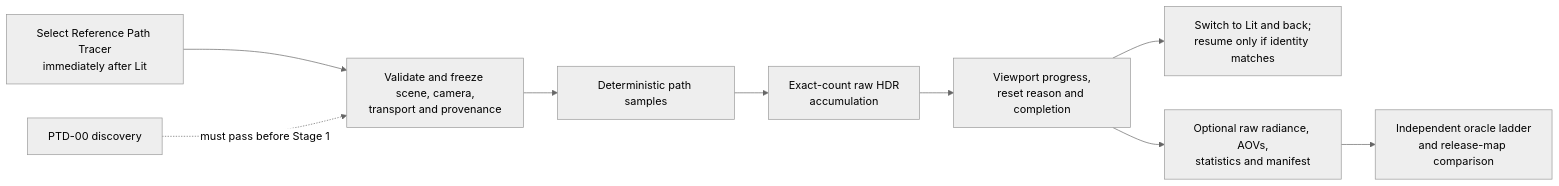
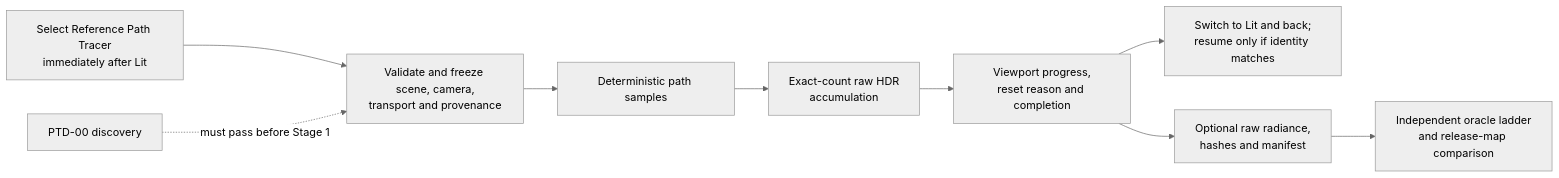
One commit to stoleckipawel/SparkleEngine changed the diagram in Docs/Architecture/Modules/Engine/Renderer/Features/Lighting/ReferencePathTracer/README.md. Above: the diagram before and after it, drawn with Mermaid (neutral theme). The commit also changed other lines of this file and 12 other files, not shown here.

````diff
--- a/Docs/Architecture/Modules/Engine/Renderer/Features/Lighting/ReferencePathTracer/README.md
+++ b/Docs/Architecture/Modules/Engine/Renderer/Features/Lighting/ReferencePathTracer/README.md
@@ -17,11 +17,11 @@
 ```mermaid
 flowchart LR
     Select[Select Reference Path Tracer<br/>immediately after Lit] --> Freeze[Validate and freeze scene, camera,<br/>transport and provenance]
     Freeze --> Sample[Deterministic path samples]
     Sample --> Accumulate[Exact-count raw HDR<br/>accumulation]
     Accumulate --> Progress[Viewport progress,<br/>reset reason and completion]
     Progress --> Compare[Switch to Lit and back;<br/>resume only if identity matches]
-    Progress --> Export[Optional raw radiance, AOVs,<br/>statistics and manifest]
+    Progress --> Export[Optional raw radiance,<br/>hashes and manifest]
     Export --> Evidence[Independent oracle ladder<br/>and release-map comparison]
     Discovery[PTD-00 discovery] -. must pass before Stage 1 .-> Freeze
 ```
````
